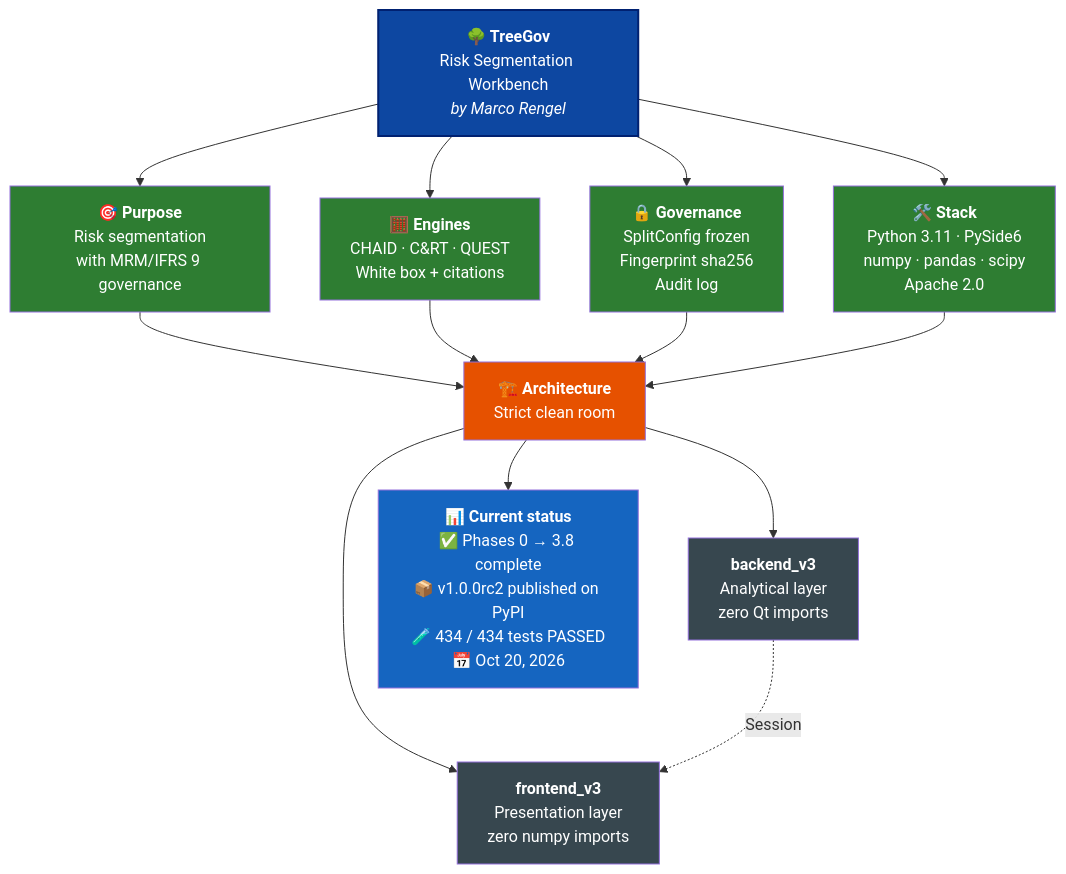
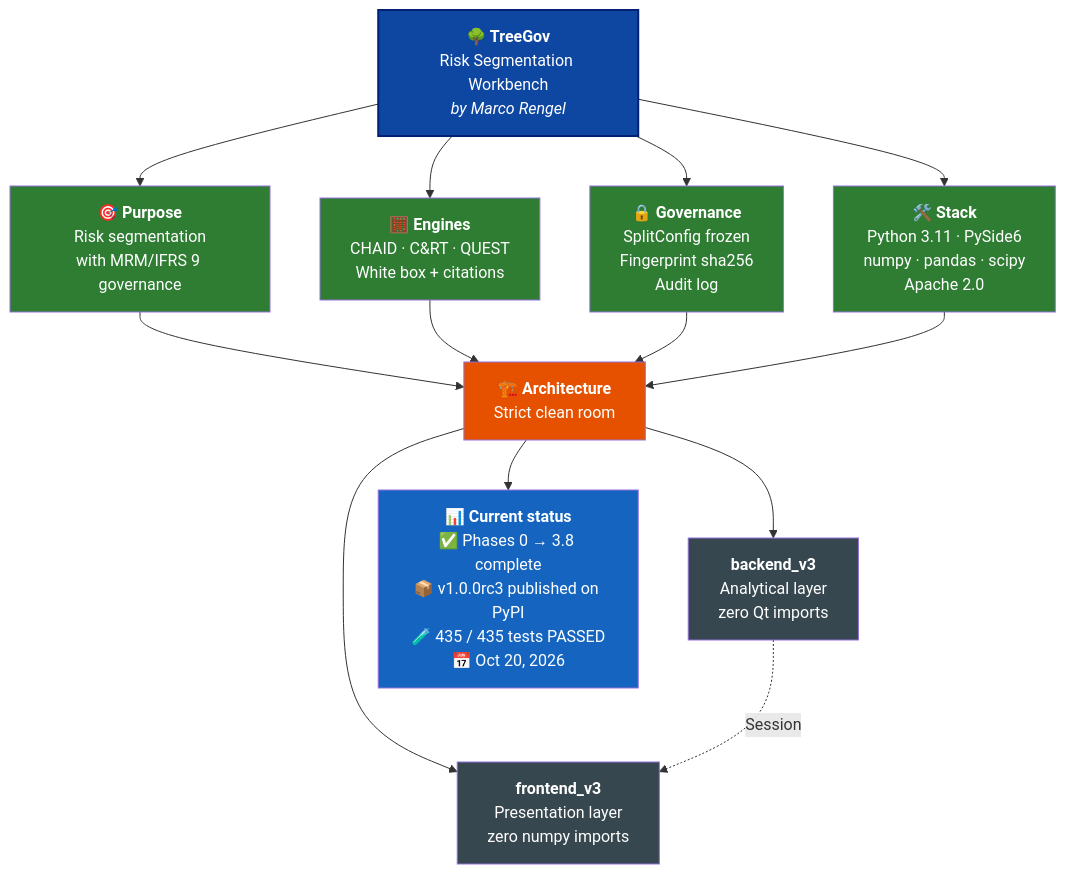
One commit to Marco-Rengel/treegov changed the diagram in README.md. Above: the diagram before and after it, drawn with Mermaid. The commit also changed other lines of this file and 12 other files, not shown here.

````diff
--- a/README.md
+++ b/README.md
@@ -36,31 +36,31 @@
 ```mermaid
 flowchart TB
     TG["<b>🌳 TreeGov</b><br/>Risk Segmentation Workbench<br/><i>by Marco Rengel</i>"]
 
     TG --> P["<b>🎯 Purpose</b><br/>Risk segmentation<br/>with MRM/IFRS 9 governance"]
     TG --> M["<b>🧮 Engines</b><br/>CHAID · C&RT · QUEST<br/>White box + citations"]
     TG --> G["<b>🔒 Governance</b><br/>SplitConfig frozen<br/>Fingerprint sha256<br/>Audit log"]
     TG --> S["<b>🛠️ Stack</b><br/>Python 3.11 · PySide6<br/>numpy · pandas · scipy<br/>Apache 2.0"]
 
     P --> ARQ["<b>🏗️ Architecture</b><br/>Strict clean room"]
     M --> ARQ
     G --> ARQ
     S --> ARQ
 
     ARQ --> BE["<b>backend_v3</b><br/>Analytical layer<br/>zero Qt imports"]
     ARQ --> FE["<b>frontend_v3</b><br/>Presentation layer<br/>zero numpy imports"]
 
     BE -.->|Session| FE
 
-    ARQ --> ST["<b>📊 Current status</b><br/>✅ Phases 0 → 3.8 complete<br/>📦 v1.0.0rc2 published on PyPI<br/>🧪 434 / 434 tests PASSED<br/>📅 Oct 20, 2026"]
+    ARQ --> ST["<b>📊 Current status</b><br/>✅ Phases 0 → 3.8 complete<br/>📦 v1.0.0rc3 published on PyPI<br/>🧪 435 / 435 tests PASSED<br/>📅 Oct 20, 2026"]
 
     style TG fill:#0D47A1,color:#fff,stroke:#002171,stroke-width:2px
     style P fill:#2E7D32,color:#fff
     style M fill:#2E7D32,color:#fff
     style G fill:#2E7D32,color:#fff
     style S fill:#2E7D32,color:#fff
     style ARQ fill:#E65100,color:#fff
     style BE fill:#37474F,color:#fff
     style FE fill:#37474F,color:#fff
     style ST fill:#1565C0,color:#fff
 ```
````
